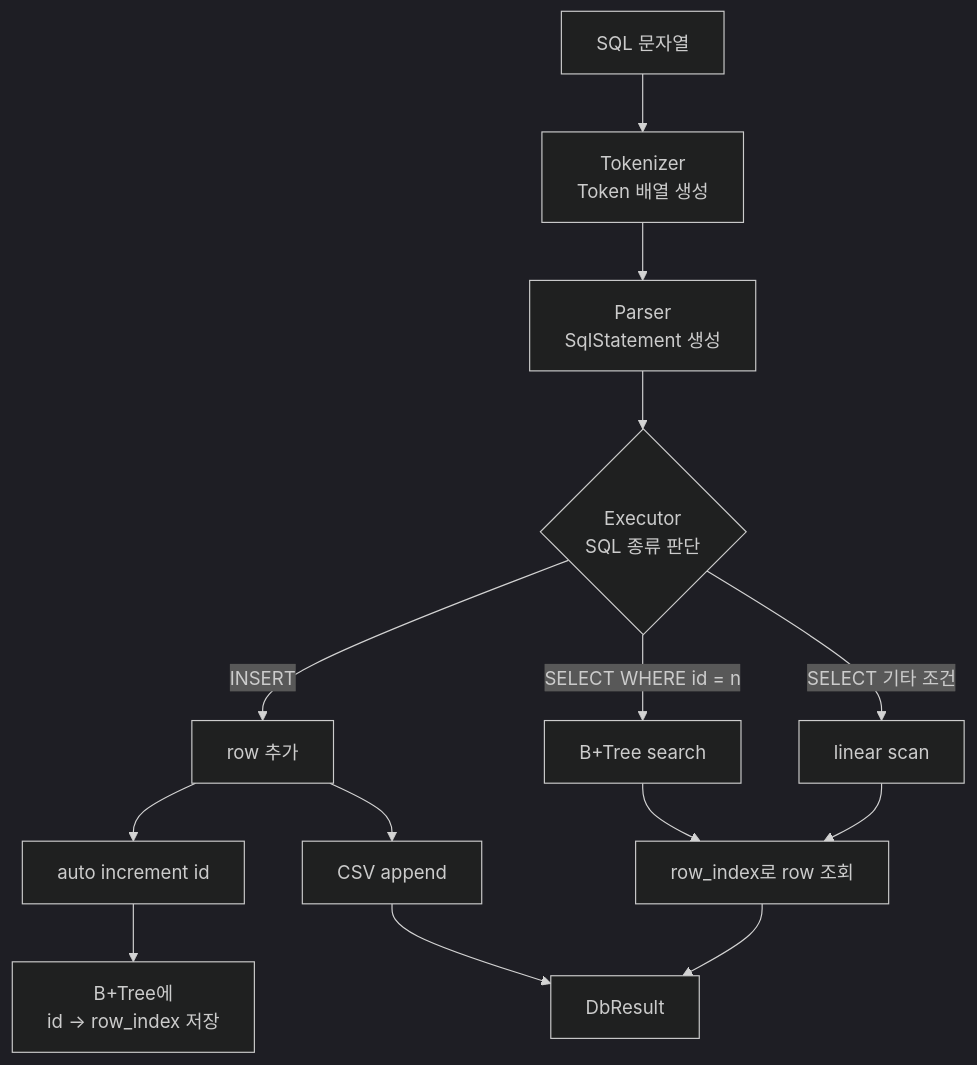
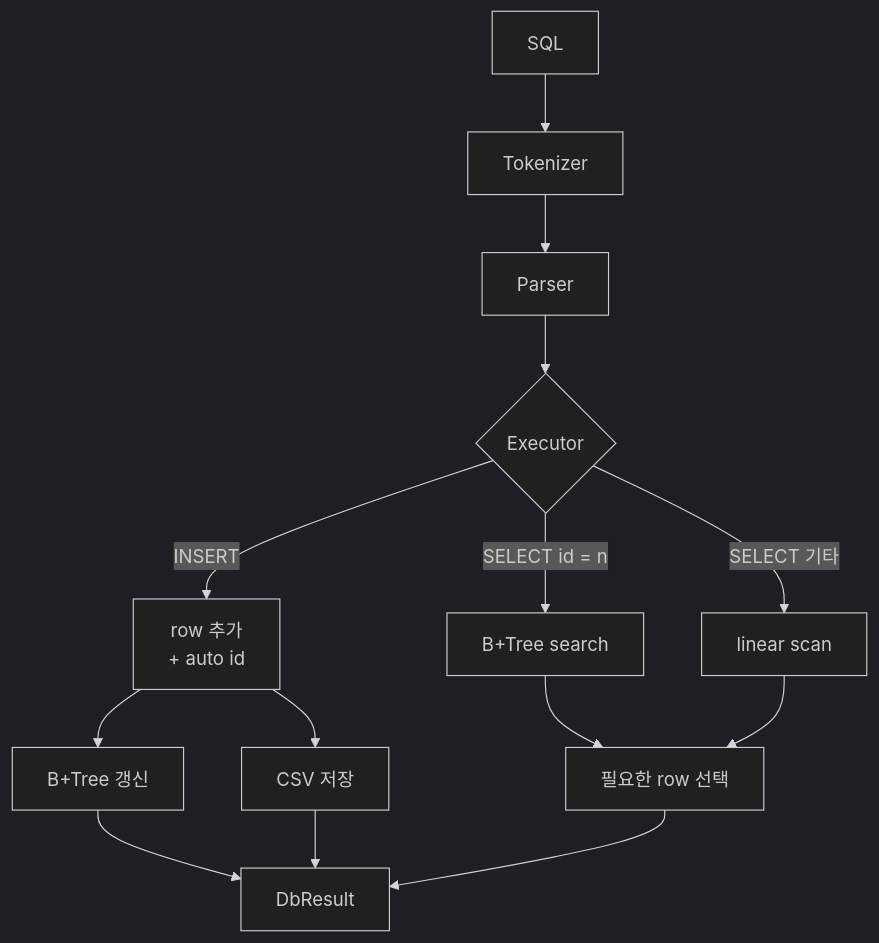
One commit to leejunhee8235/mini_dbms changed the fifth of 6 diagrams in presentation.md. Above: the diagram before and after it, drawn with Mermaid (dark theme). The commit also changed other lines of this file, not shown here.

Commit message:
docs: simplify presentation flow diagrams

````diff
--- a/presentation.md
+++ b/presentation.md
@@ -185,20 +173,19 @@
 ```mermaid
 flowchart TD
-    SQL["SQL 문자열"] --> TOK["Tokenizer\nToken 배열 생성"]
-    TOK --> PARSER["Parser\nSqlStatement 생성"]
-    PARSER --> EXEC{"Executor\nSQL 종류 판단"}
+    A["SQL"] --> B["Tokenizer"]
+    B --> C["Parser"]
+    C --> D{"Executor"}
 
-    EXEC -->|INSERT| INSERT["row 추가"]
-    INSERT --> ID["auto increment id"]
-    ID --> IDX["B+Tree에\nid -> row_index 저장"]
-    INSERT --> CSV["CSV append"]
+    D -->|INSERT| E["row 추가\n+ auto id"]
+    E --> F["B+Tree 갱신"]
+    E --> G["CSV 저장"]
 
-    EXEC -->|SELECT WHERE id = n| SEARCH["B+Tree search"]
-    SEARCH --> ROW["row_index로 row 조회"]
+    D -->|SELECT id = n| H["B+Tree search"]
+    D -->|SELECT 기타| I["linear scan"]
 
-    EXEC -->|SELECT 기타 조건| SCAN["linear scan"]
-    SCAN --> ROW
-
-    ROW --> RESULT["DbResult"]
-    CSV --> RESULT
+    H --> J["필요한 row 선택"]
+    I --> J
+    F --> K["DbResult"]
+    G --> K
+    J --> K
 ```
````
